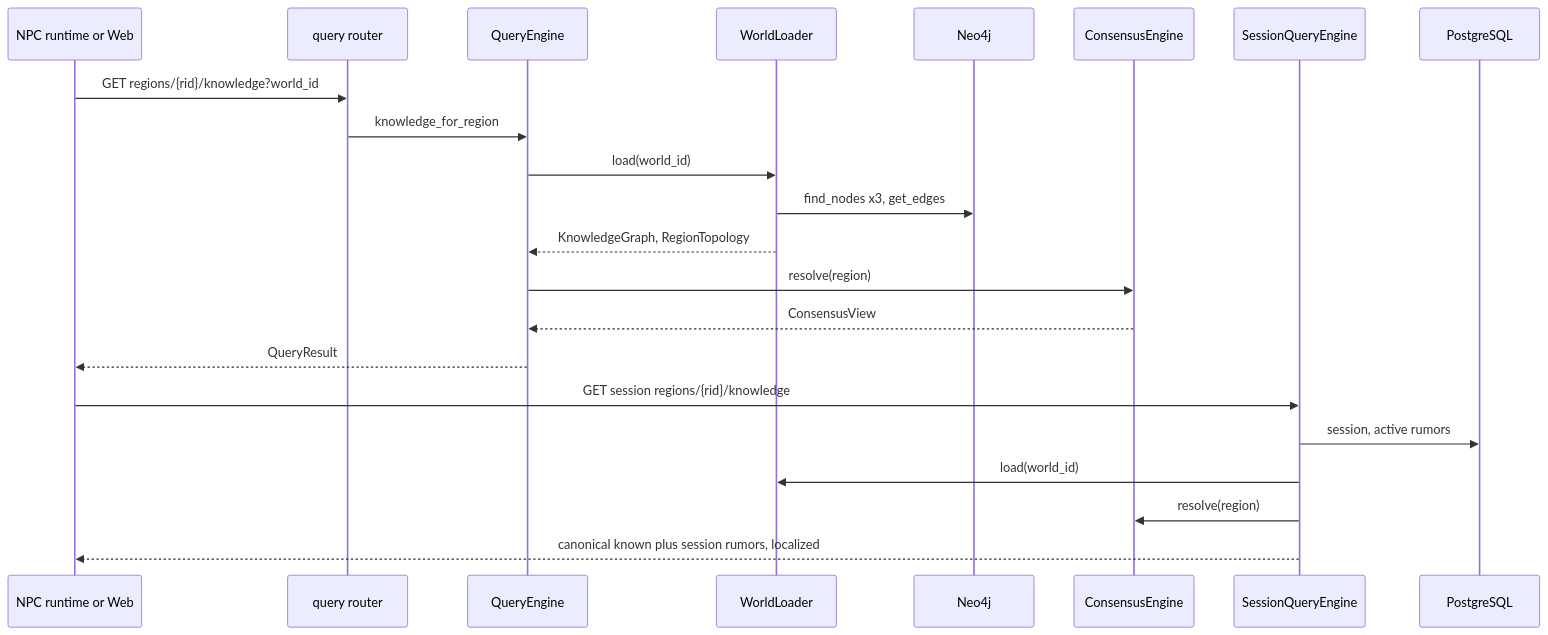
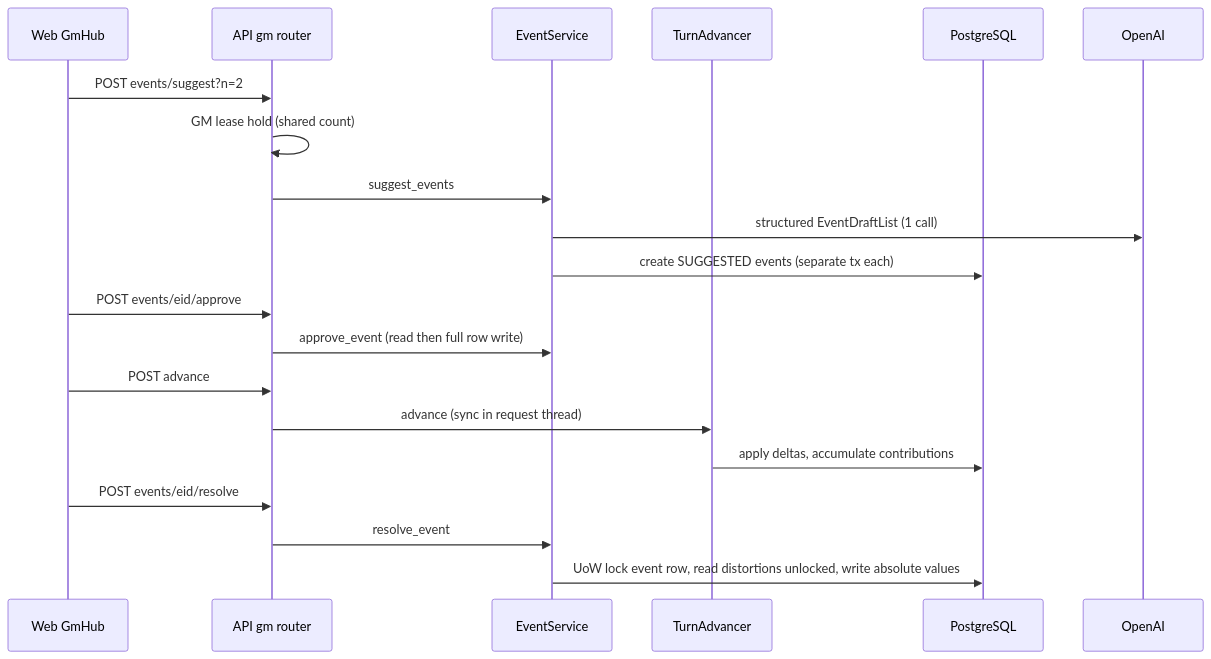
The fifth of 5 diagrams in aidlc-docs/inception/reverse-engineering/architecture.md (hongsam14/Locus), drawn with Mermaid before and after one commit. The commit also changed other lines of this file and 38 other files, not shown here.

````diff
--- a/aidlc-docs/inception/reverse-engineering/architecture.md
+++ b/aidlc-docs/inception/reverse-engineering/architecture.md
@@ -272,25 +288,22 @@
 ```mermaid
 sequenceDiagram
-    participant N as NPC runtime or Web
-    participant R as query router
-    participant Q as QueryEngine
-    participant L as WorldLoader
-    participant G as Neo4j
-    participant E as ConsensusEngine
-    participant SQ as SessionQueryEngine
-    participant PG as PostgreSQL
-
-    N->>R: GET regions/{rid}/knowledge?world_id
-    R->>Q: knowledge_for_region
-    Q->>L: load(world_id)
-    L->>G: find_nodes x3, get_edges
-    L-->>Q: KnowledgeGraph, RegionTopology
-    Q->>E: resolve(region)
-    E-->>Q: ConsensusView
-    Q-->>N: QueryResult
-    N->>SQ: GET session regions/{rid}/knowledge
-    SQ->>PG: session, active rumors
-    SQ->>L: load(world_id)
-    SQ->>E: resolve(region)
-    SQ-->>N: canonical known plus session rumors, localized
+    participant G as Web GmHub
+    participant A as API gm router
+    participant E as EventService
+    participant T as TurnAdvancer
+    participant DB as PostgreSQL
+    participant L as OpenAI
+    G->>A: POST events/suggest?n=2
+    A->>A: GM lease hold (shared count)
+    A->>E: suggest_events
+    E->>L: structured EventDraftList (1 call)
+    E->>DB: create SUGGESTED events (separate tx each)
+    G->>A: POST events/eid/approve
+    A->>E: approve_event (read then full row write)
+    G->>A: POST advance
+    A->>T: advance (sync in request thread)
+    T->>DB: apply deltas, accumulate contributions
+    G->>A: POST events/eid/resolve
+    A->>E: resolve_event
+    E->>DB: UoW lock event row, read distortions unlocked, write absolute values
 ```
````
